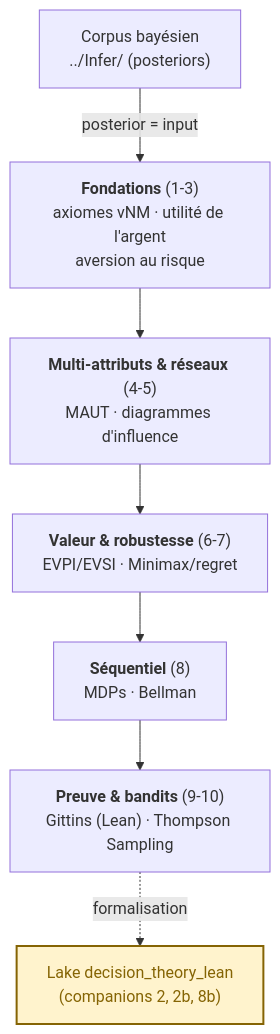
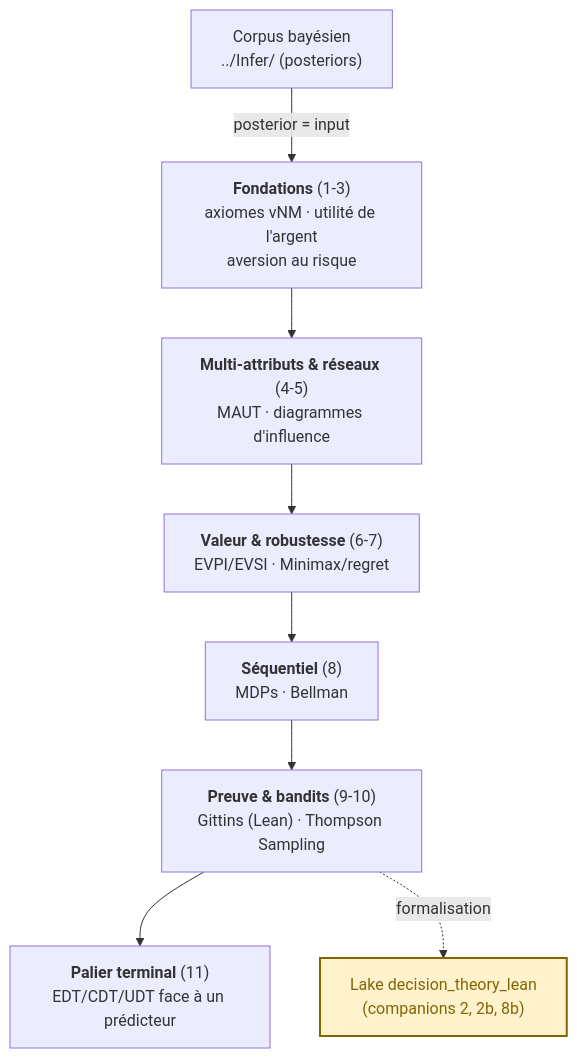
One commit to jsboige/CoursIA changed the diagram in MyIA.AI.Notebooks/Probas/DecisionTheory/DecInfer/README.md. Above: the diagram before and after it, drawn with Mermaid. The commit also changed other lines of this file and 11 other files, not shown here.

````diff
--- a/MyIA.AI.Notebooks/Probas/DecisionTheory/DecInfer/README.md
+++ b/MyIA.AI.Notebooks/Probas/DecisionTheory/DecInfer/README.md
@@ -35,16 +36,17 @@
 ```mermaid
 flowchart TD
     A["<b>Fondations</b> (1-3)<br/>axiomes vNM · utilité de l'argent<br/>aversion au risque"]
     B["<b>Multi-attributs & réseaux</b> (4-5)<br/>MAUT · diagrammes d'influence"]
     C["<b>Valeur & robustesse</b> (6-7)<br/>EVPI/EVSI · Minimax/regret"]
     D["<b>Séquentiel</b> (8)<br/>MDPs · Bellman"]
     E["<b>Preuve & bandits</b> (9-10)<br/>Gittins (Lean) · Thompson Sampling"]
+    F["<b>Palier terminal</b> (11)<br/>EDT/CDT/UDT face à un prédicteur"]
     BAY["Corpus bayésien<br/>../Infer/ (posteriors)"]
     LAKE["Lake decision_theory_lean<br/>(companions 2, 2b, 8b)"]
     BAY -->|"posterior = input"| A
-    A --> B --> C --> D --> E
+    A --> B --> C --> D --> E --> F
     E -.->|"formalisation"| LAKE
     %% color: explicite -- sans lui, libelle clair sur fond clair en mode sombre GitHub (#15022) ; ne pas harmoniser le ton avec le stroke (libelle sinon illisible)
     classDef lean fill:#fff3cd,stroke:#856404,stroke-width:2px,color:#856404;
     class LAKE lean;
 ```
````
